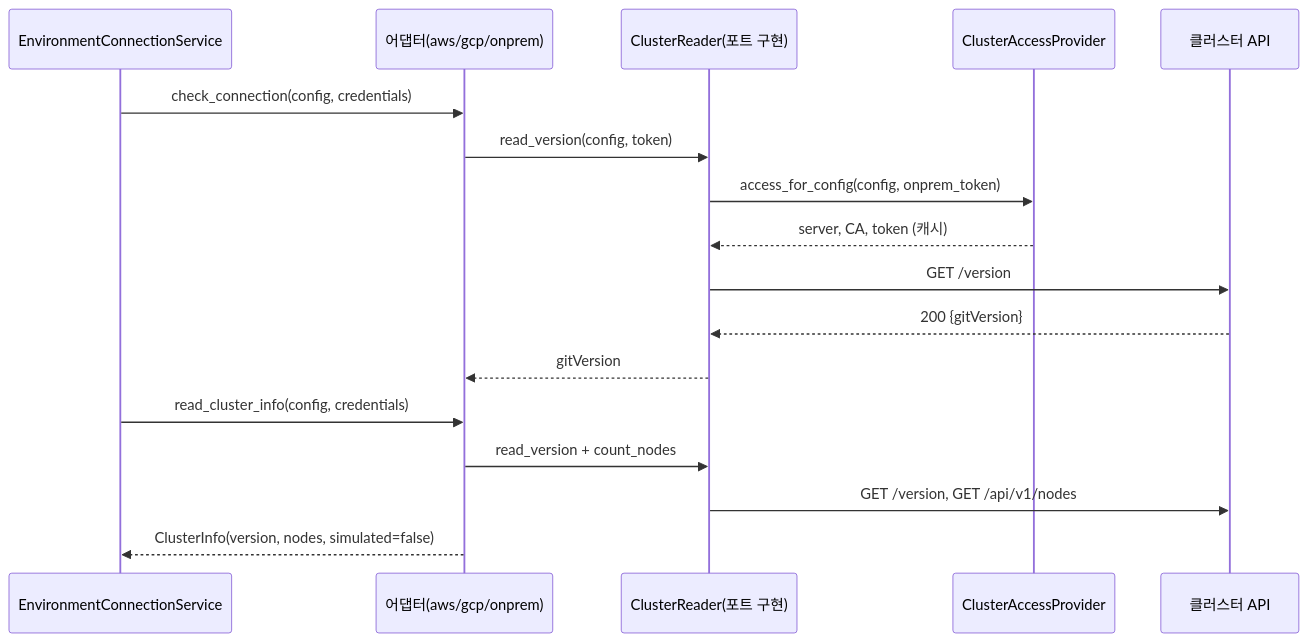
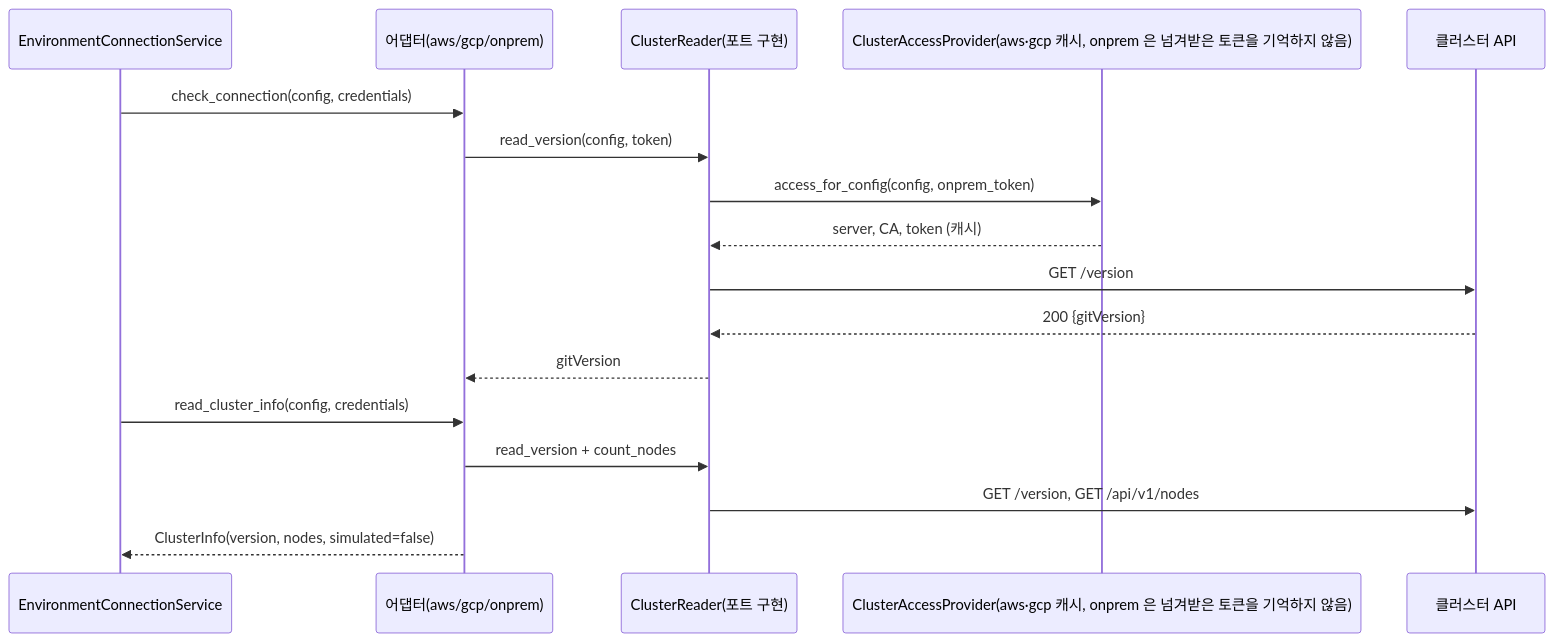
One commit to Softbank-Hackathon-2026-Team-Echo/echo-was changed the diagram in specs/api-12-real-cluster-adapters.md. Above: the diagram before and after it, drawn with Mermaid. The commit also changed other lines of this file, not shown here.

````diff
--- a/specs/api-12-real-cluster-adapters.md
+++ b/specs/api-12-real-cluster-adapters.md
@@ -48,19 +53,19 @@
 ```mermaid
 sequenceDiagram
     participant S as EnvironmentConnectionService
     participant A as 어댑터(aws/gcp/onprem)
     participant R as ClusterReader(포트 구현)
-    participant P as ClusterAccessProvider
+    participant P as ClusterAccessProvider(aws·gcp 캐시, onprem 은 넘겨받은 토큰을 기억하지 않음)
     participant K as 클러스터 API
     S->>A: check_connection(config, credentials)
     A->>R: read_version(config, token)
     R->>P: access_for_config(config, onprem_token)
     P-->>R: server, CA, token (캐시)
     R->>K: GET /version
     K-->>R: 200 {gitVersion}
     R-->>A: gitVersion
     S->>A: read_cluster_info(config, credentials)
     A->>R: read_version + count_nodes
     R->>K: GET /version, GET /api/v1/nodes
     A-->>S: ClusterInfo(version, nodes, simulated=false)
 ```
````
